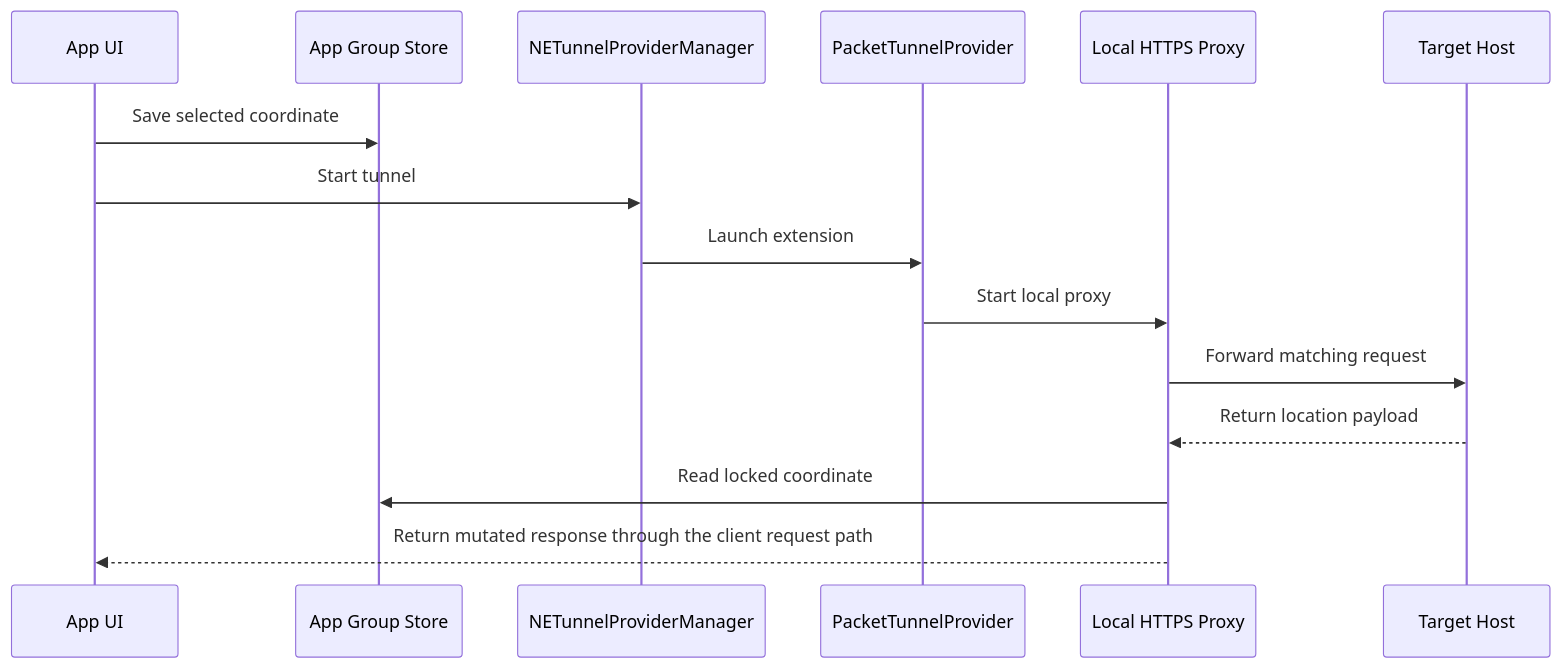
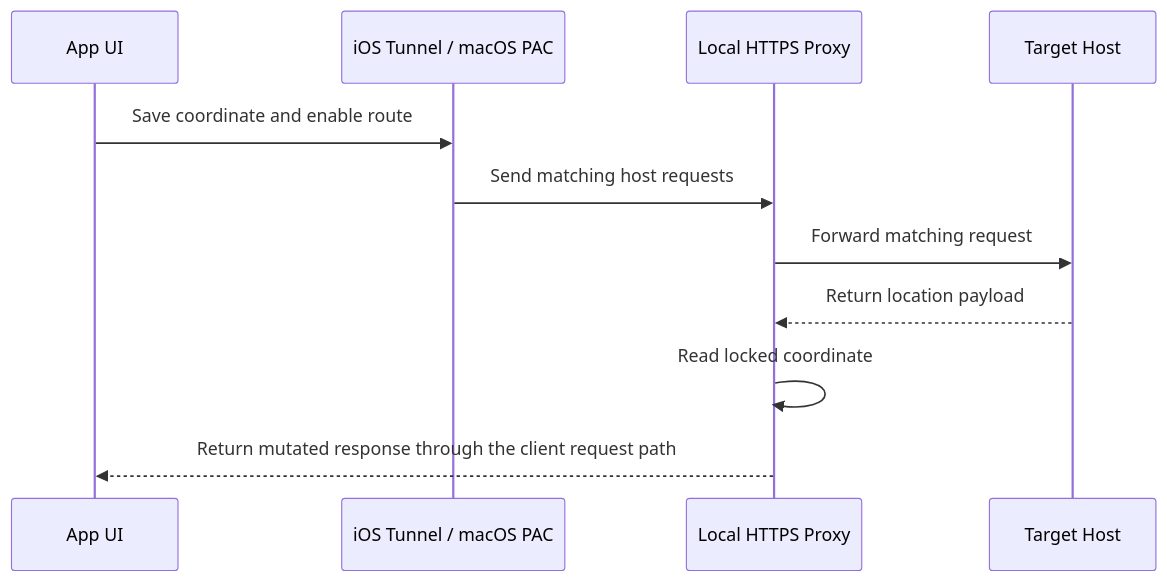
One commit to OpenHRTT/wloc changed the diagram in docs/ARCHITECTURE.md. Above: the diagram before and after it, drawn with Mermaid. The commit also changed other lines of this file and 26 other files, not shown here.

````diff
--- a/docs/ARCHITECTURE.md
+++ b/docs/ARCHITECTURE.md
@@ -25,18 +27,14 @@
 ```mermaid
 sequenceDiagram
     participant UI as App UI
-    participant Store as App Group Store
-    participant VPN as NETunnelProviderManager
-    participant Ext as PacketTunnelProvider
+    participant Route as iOS Tunnel / macOS PAC
     participant Proxy as Local HTTPS Proxy
     participant Host as Target Host
 
-    UI->>Store: Save selected coordinate
-    UI->>VPN: Start tunnel
-    VPN->>Ext: Launch extension
-    Ext->>Proxy: Start local proxy
+    UI->>Route: Save coordinate and enable route
+    Route->>Proxy: Send matching host requests
     Proxy->>Host: Forward matching request
     Host-->>Proxy: Return location payload
-    Proxy->>Store: Read locked coordinate
+    Proxy->>Proxy: Read locked coordinate
     Proxy-->>UI: Return mutated response through the client request path
 ```
````
